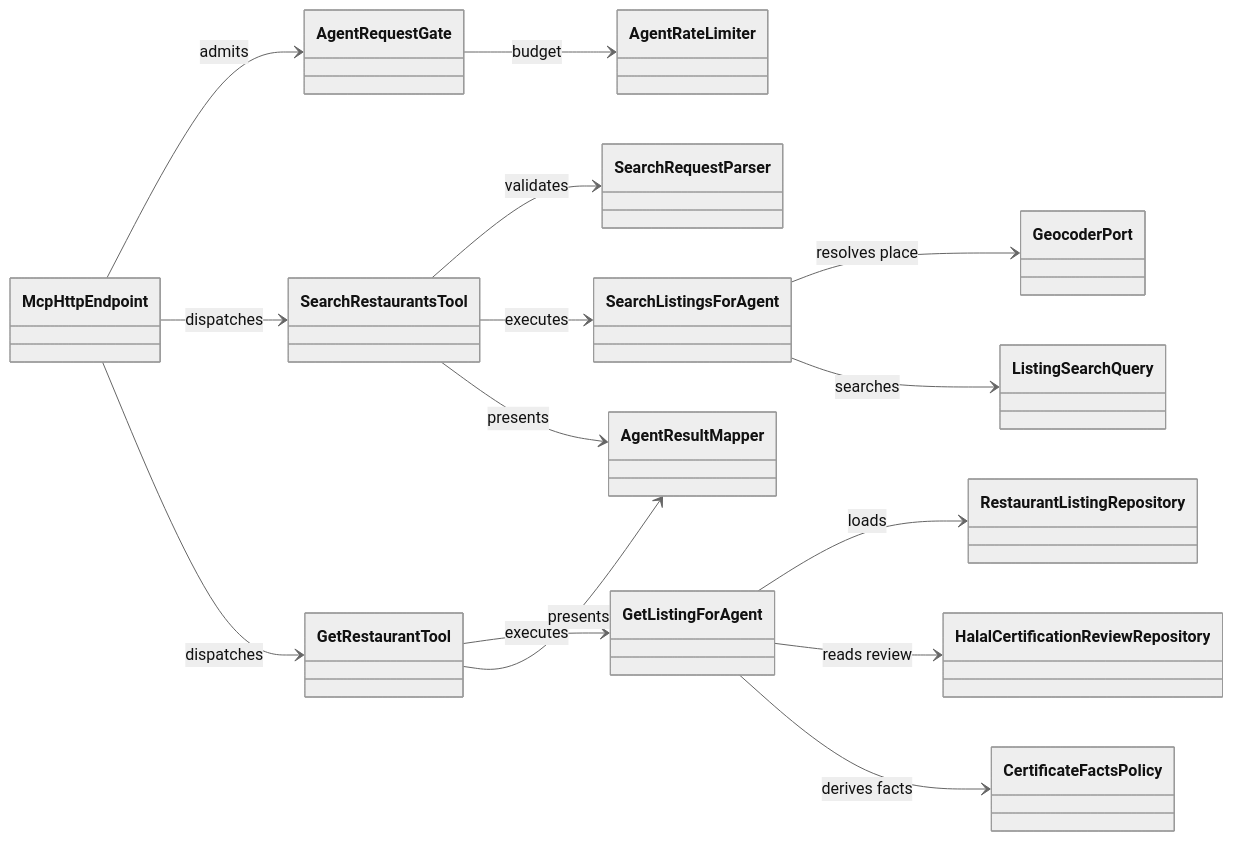
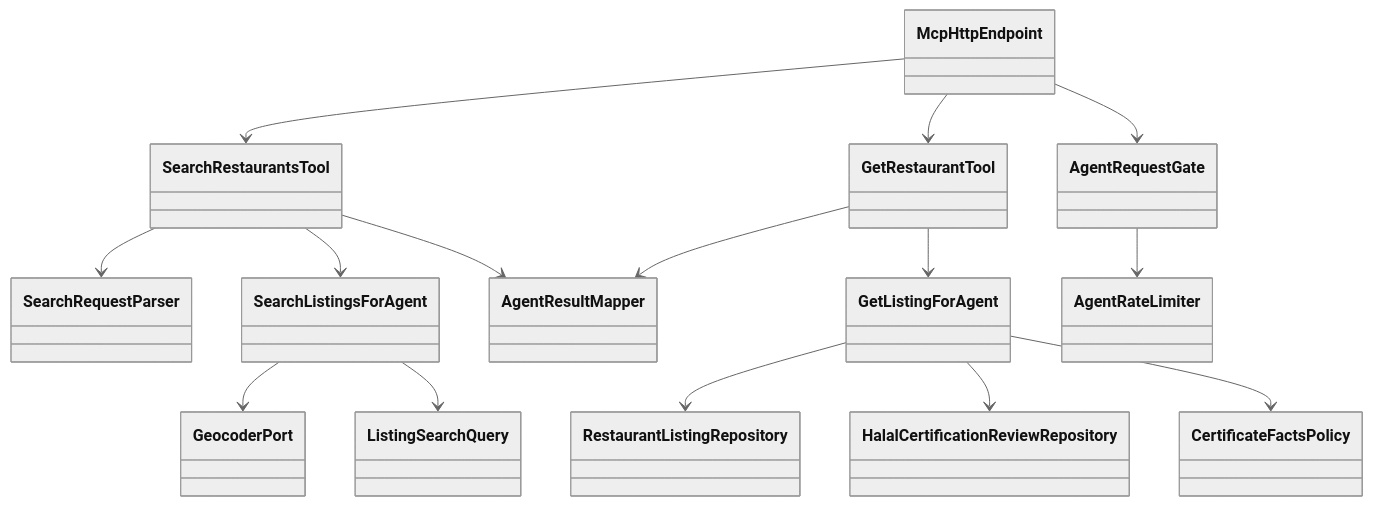
Before and after one commit to Losers-Lab/tahirs-list: the first of 5 diagrams in docs/features/SC-209/05-class-diagram-system.md, drawn with Mermaid (neutral theme). The commit also changed other lines of this file and 10 other files, not shown here.

Commit message:
[SC-209] Retrofit design to diagram-first standard

````diff
--- a/docs/features/SC-209/05-class-diagram-system.md
+++ b/docs/features/SC-209/05-class-diagram-system.md
@@ -9,36 +7,17 @@
 ```mermaid
 classDiagram
-    direction LR
-
-    class McpHttpEndpoint
-    class AgentRequestGate
-    class SearchRestaurantsTool
-    class GetRestaurantTool
-    class AgentResultMapper
-
-    class SearchListingsForAgent
-    class GetListingForAgent
-    class SearchRequestParser
-    class CertificateFactsPolicy
-
-    class ListingSearchQuery
-    class RestaurantListingRepository
-    class HalalCertificationReviewRepository
-    class GeocoderPort
-    class AgentRateLimiter
-
-    McpHttpEndpoint --> AgentRequestGate : admits
-    McpHttpEndpoint --> SearchRestaurantsTool : dispatches
-    McpHttpEndpoint --> GetRestaurantTool : dispatches
-    SearchRestaurantsTool --> SearchRequestParser : validates
-    SearchRestaurantsTool --> SearchListingsForAgent : executes
-    SearchRestaurantsTool --> AgentResultMapper : presents
-    GetRestaurantTool --> GetListingForAgent : executes
-    GetRestaurantTool --> AgentResultMapper : presents
-    SearchListingsForAgent --> GeocoderPort : resolves place
-    SearchListingsForAgent --> ListingSearchQuery : searches
-    GetListingForAgent --> RestaurantListingRepository : loads
-    GetListingForAgent --> HalalCertificationReviewRepository : reads review
-    GetListingForAgent --> CertificateFactsPolicy : derives facts
-    AgentRequestGate --> AgentRateLimiter : budget
+    McpHttpEndpoint --> AgentRequestGate
+    McpHttpEndpoint --> SearchRestaurantsTool
+    McpHttpEndpoint --> GetRestaurantTool
+    SearchRestaurantsTool --> SearchRequestParser
+    SearchRestaurantsTool --> SearchListingsForAgent
+    SearchRestaurantsTool --> AgentResultMapper
+    GetRestaurantTool --> GetListingForAgent
+    GetRestaurantTool --> AgentResultMapper
+    SearchListingsForAgent --> GeocoderPort
+    SearchListingsForAgent --> ListingSearchQuery
+    GetListingForAgent --> RestaurantListingRepository
+    GetListingForAgent --> HalalCertificationReviewRepository
+    GetListingForAgent --> CertificateFactsPolicy
+    AgentRequestGate --> AgentRateLimiter
 ```
````
